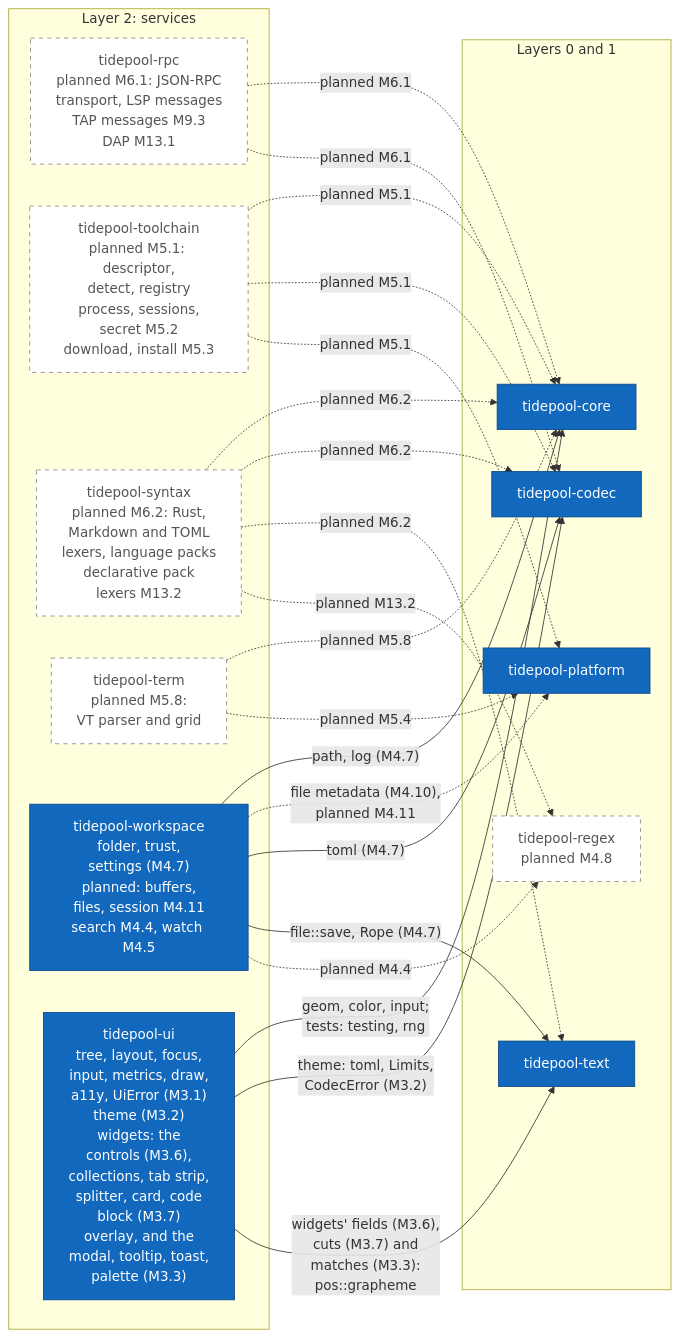
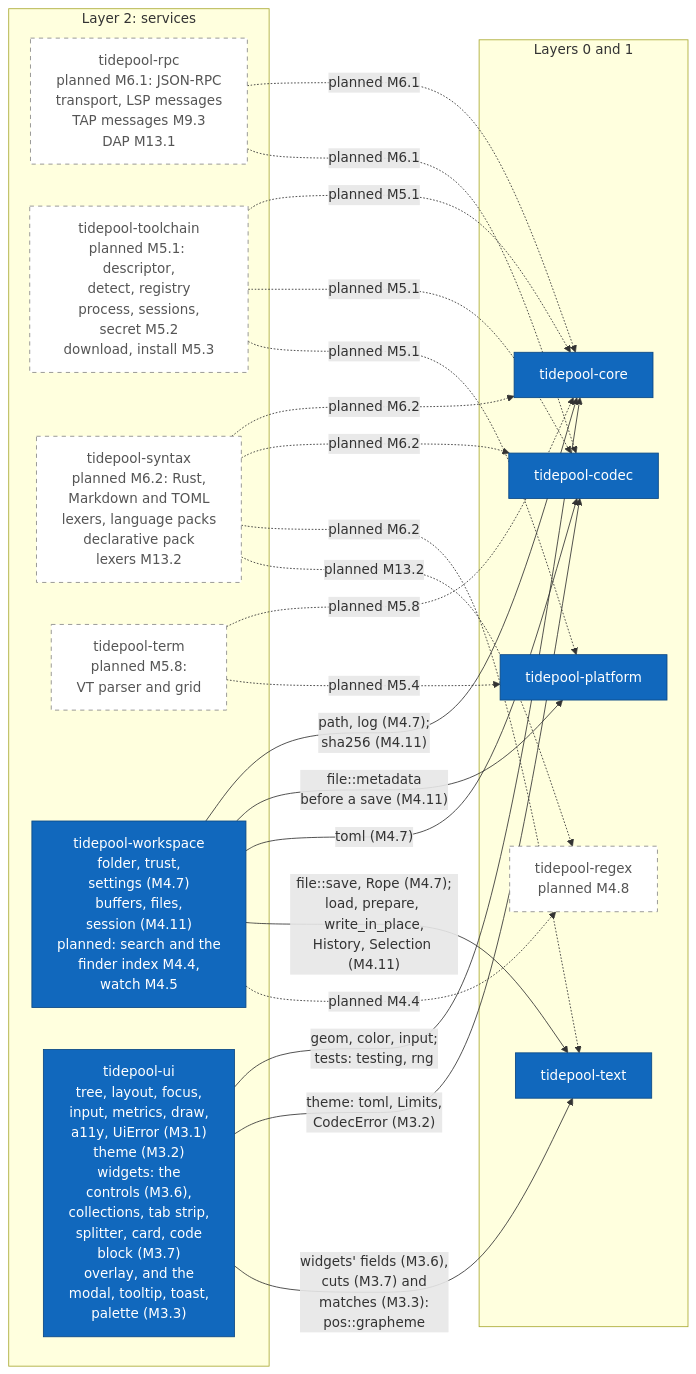
The seventh of 17 diagrams in diagrams/c4-architecture.md (jabbott-iii/Tidepool), drawn with Mermaid before and after one commit. The commit also changed other lines of this file and 50 other files, not shown here.

First line of the commit message:
feat(workspace,text): buffers, file tree and sessions (M4.11, ADR-0069)

````diff
--- a/diagrams/c4-architecture.md
+++ b/diagrams/c4-architecture.md
@@ -387,43 +399,43 @@
 ```mermaid
 flowchart LR
     subgraph L2["Layer 2: services"]
         k_rpc["tidepool-rpc<br/>planned M6.1: JSON-RPC<br/>transport, LSP messages<br/>TAP messages M9.3<br/>DAP M13.1"]
         k_toolchain["tidepool-toolchain<br/>planned M5.1: descriptor,<br/>detect, registry<br/>process, sessions,<br/>secret M5.2<br/>download, install M5.3"]
         k_syntax["tidepool-syntax<br/>planned M6.2: Rust,<br/>Markdown and TOML<br/>lexers, language packs<br/>declarative pack<br/>lexers M13.2"]
         k_term["tidepool-term<br/>planned M5.8:<br/>VT parser and grid"]
-        k_workspace["tidepool-workspace<br/>folder, trust,<br/>settings (M4.7)<br/>planned: buffers,<br/>files, session M4.11<br/>search M4.4, watch M4.5"]
+        k_workspace["tidepool-workspace<br/>folder, trust,<br/>settings (M4.7)<br/>buffers, files,<br/>session (M4.11)<br/>planned: search and the<br/>finder index M4.4,<br/>watch M4.5"]
         k_ui["tidepool-ui<br/>tree, layout, focus,<br/>input, metrics, draw,<br/>a11y, UiError (M3.1)<br/>theme (M3.2)<br/>widgets: the<br/>controls (M3.6),<br/>collections, tab strip,<br/>splitter, card, code<br/>block (M3.7)<br/>overlay, and the<br/>modal, tooltip, toast,<br/>palette (M3.3)"]
     end
     subgraph L01["Layers 0 and 1"]
         k_platform["tidepool-platform"]
         k_codec["tidepool-codec"]
         k_text["tidepool-text"]
         k_regex["tidepool-regex<br/>planned M4.8"]
         k_core["tidepool-core"]
     end
 
     k_rpc -.->|"planned M6.1"| k_core
     k_rpc -.->|"planned M6.1"| k_codec
     k_toolchain -.->|"planned M5.1"| k_core
     k_toolchain -.->|"planned M5.1"| k_codec
     k_toolchain -.->|"planned M5.1"| k_platform
     k_syntax -.->|"planned M6.2"| k_core
     k_syntax -.->|"planned M6.2"| k_codec
     k_syntax -.->|"planned M6.2"| k_text
     k_syntax -.->|"planned M13.2"| k_regex
     k_term -.->|"planned M5.8"| k_core
     k_term -.->|"planned M5.4"| k_platform
-    k_workspace -->|"path, log (M4.7)"| k_core
-    k_workspace -.->|"file metadata (M4.10),<br/>planned M4.11"| k_platform
+    k_workspace -->|"path, log (M4.7);<br/>sha256 (M4.11)"| k_core
+    k_workspace -->|"file::metadata<br/>before a save (M4.11)"| k_platform
     k_workspace -->|"toml (M4.7)"| k_codec
-    k_workspace -->|"file::save, Rope (M4.7)"| k_text
+    k_workspace -->|"file::save, Rope (M4.7);<br/>load, prepare, write_in_place,<br/>History, Selection (M4.11)"| k_text
     k_workspace -.->|"planned M4.4"| k_regex
     k_ui -->|"geom, color, input;<br/>tests: testing, rng"| k_core
     k_ui -->|"theme: toml, Limits,<br/>CodecError (M3.2)"| k_codec
     k_ui -->|"widgets' fields (M3.6),<br/>cuts (M3.7) and<br/>matches (M3.3):<br/>pos::grapheme"| k_text
 
     classDef built fill:#1168bd,stroke:#0b4884,color:#ffffff
     classDef planned fill:#ffffff,stroke:#888888,stroke-dasharray: 5 5,color:#555555
     class k_platform,k_codec,k_text,k_core,k_ui,k_workspace built
     class k_rpc,k_toolchain,k_syntax,k_term,k_regex planned
 ```
````
